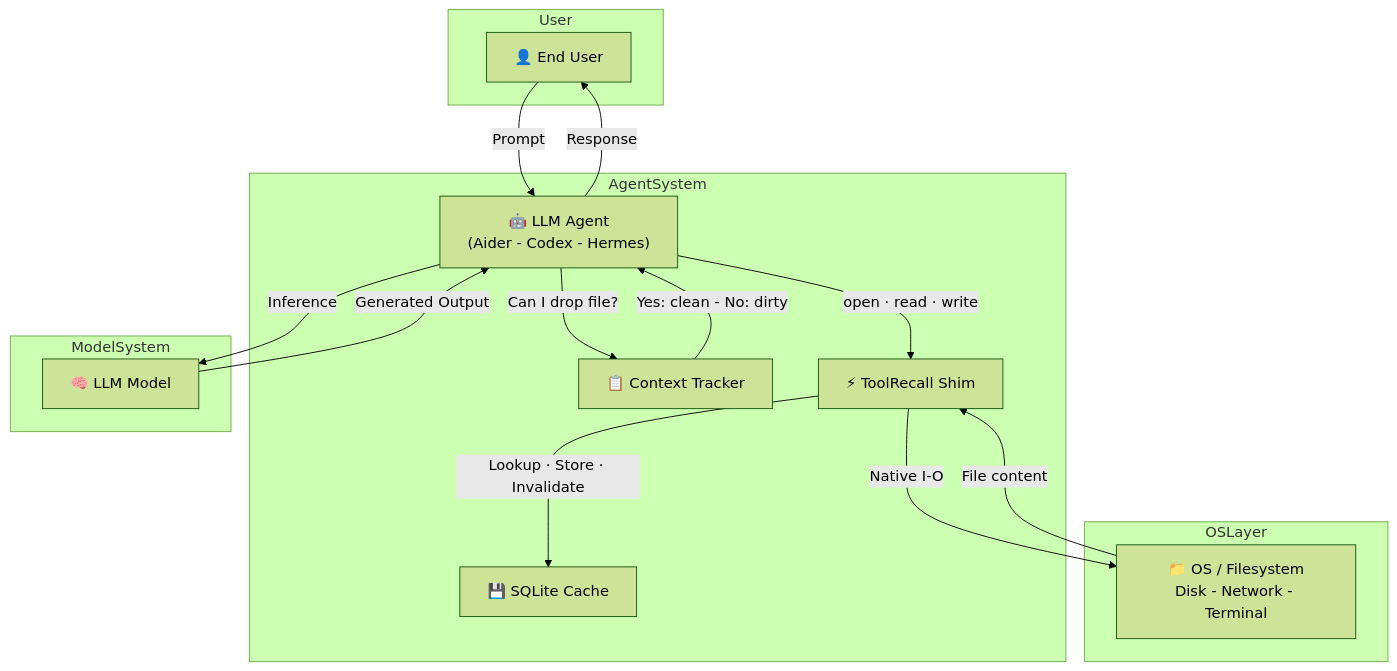
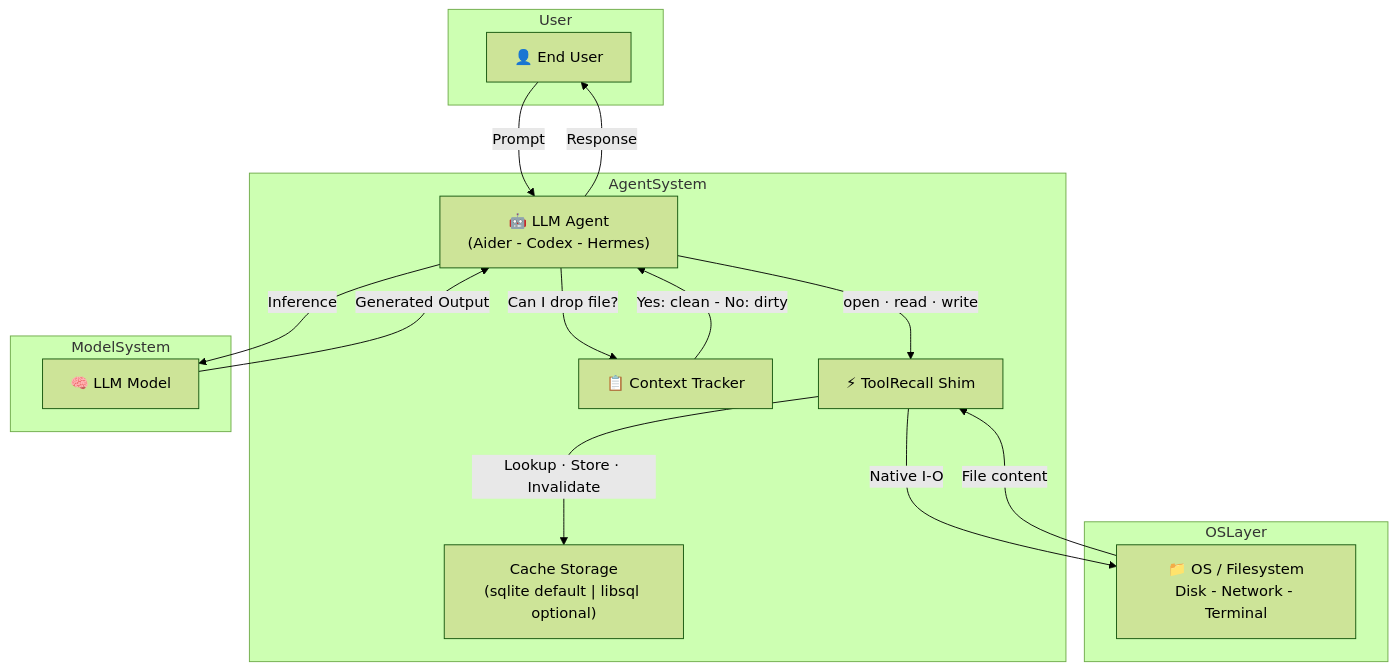
One commit to whiskybeer/toolrecall changed the first of 2 diagrams in docs/ARCHITECTURE_DIAGRAM.md. Above: the diagram before and after it, drawn with Mermaid (forest theme). The commit also changed 29 other files, not shown here.

````diff
--- a/docs/ARCHITECTURE_DIAGRAM.md
+++ b/docs/ARCHITECTURE_DIAGRAM.md
@@ -22,29 +22,29 @@
 ```mermaid
 flowchart TB
     subgraph User
         U["👤 End User"]
     end
     subgraph AgentSystem
         A["🤖 LLM Agent<br/>(Aider - Codex - Hermes)"]
         CT["📋 Context Tracker"]
         S["⚡ ToolRecall Shim"]
-        SQ["💾 SQLite Cache"]
+        SQ["Cache Storage<br/>(sqlite default | libsql optional)"]
     end
     subgraph ModelSystem
         M["🧠 LLM Model"]
     end
     subgraph OSLayer
         O["📁 OS / Filesystem<br/>Disk - Network - Terminal"]
     end
 
     U -->|Prompt| A
     A -->|Response| U
     A -->|Inference| M
     M -->|Generated Output| A
     A -->|Can I drop file?| CT
     CT -->|Yes: clean - No: dirty| A
     A -->|open · read · write| S
     S -->|Lookup · Store · Invalidate| SQ
     S -->|Native I-O| O
     O -->|File content| S
 ```
````
